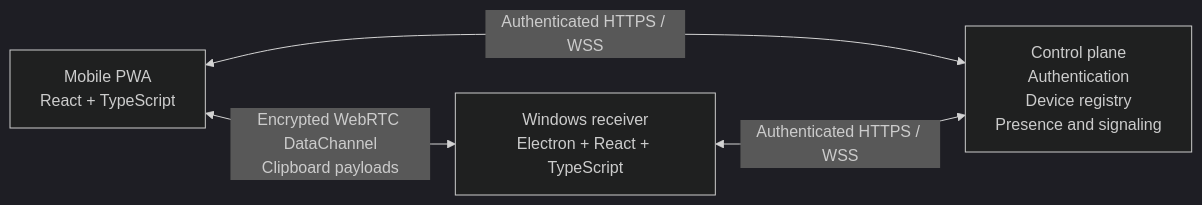
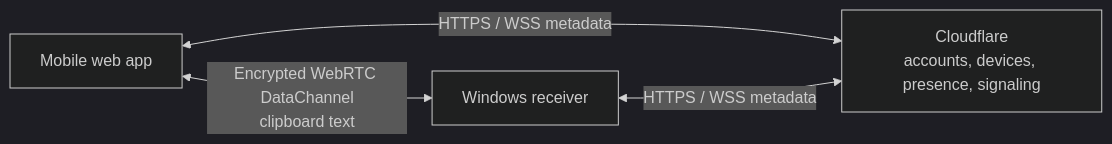
The diagram in README.md (abdullah-mi/Copyrade), drawn with Mermaid (dark theme) before and after one commit. The commit also changed other lines of this file and 18 other files, not shown here.

````diff
--- a/README.md
+++ b/README.md
@@ -103,10 +101,10 @@
 ```mermaid
 flowchart LR
-    Mobile[Mobile PWA<br/>React + TypeScript]
-    Control[Control plane<br/>Authentication<br/>Device registry<br/>Presence and signaling]
-    Desktop[Windows receiver<br/>Electron + React + TypeScript]
+    Phone[Mobile web app]
+    Cloud[Cloudflare<br/>accounts, devices, presence, signaling]
+    PC[Windows receiver]
 
-    Mobile <-->|Authenticated HTTPS / WSS| Control
-    Desktop <-->|Authenticated HTTPS / WSS| Control
-    Mobile <-->|Encrypted WebRTC DataChannel<br/>Clipboard payloads| Desktop
+    Phone <-->|HTTPS / WSS metadata| Cloud
+    PC <-->|HTTPS / WSS metadata| Cloud
+    Phone <-->|Encrypted WebRTC DataChannel<br/>clipboard text| PC
 ```
````
